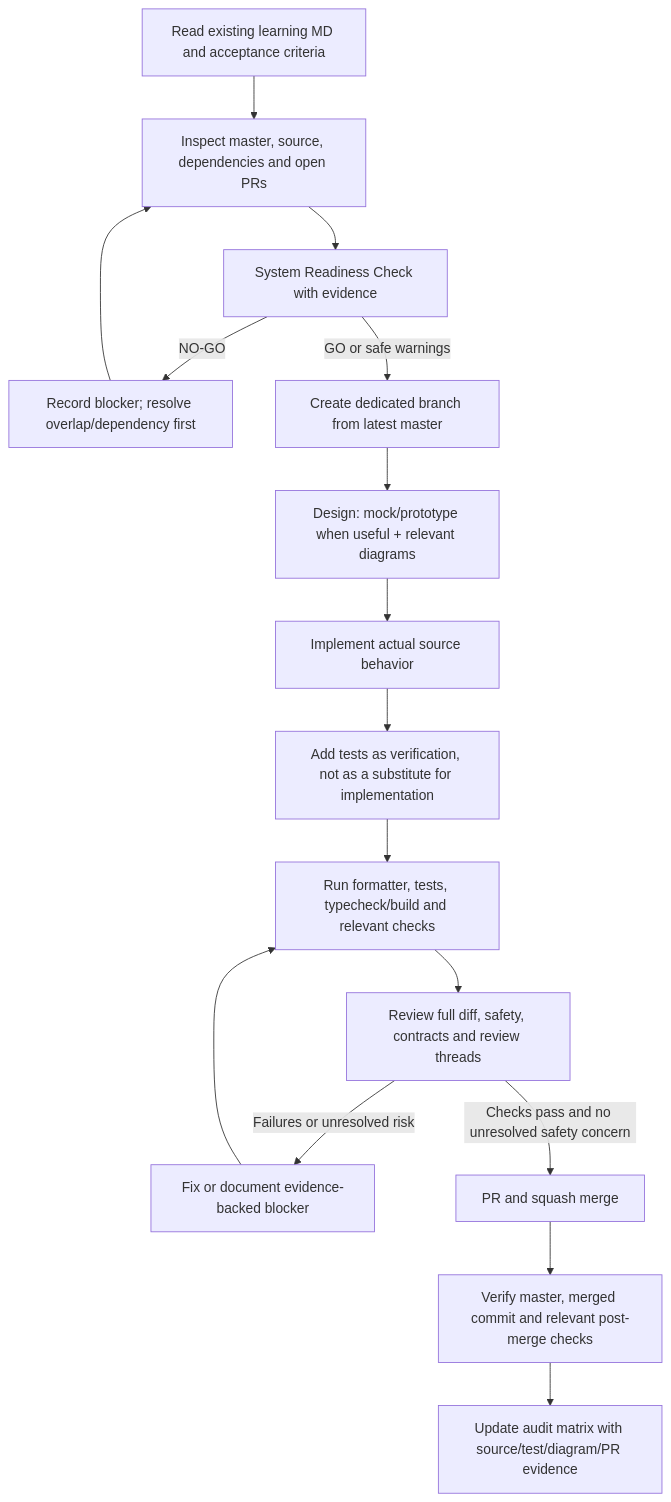
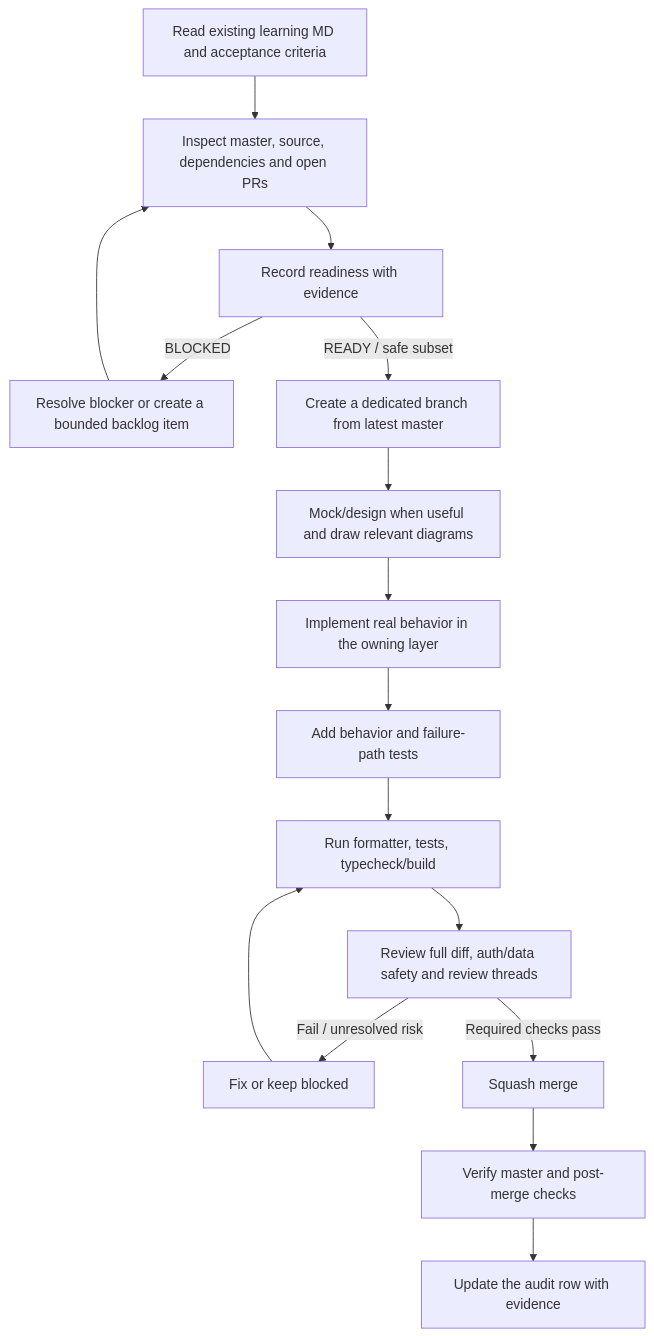
Before and after one commit to phanthienquoc/TCE-dashboard: the first of 2 diagrams in docs/learning/implementation-audit-readiness.md, drawn with Mermaid. The commit also changed other lines of this file, not shown here.

Commit message:
docs(learning): refresh audit with current readiness evidence

````diff
--- a/docs/learning/implementation-audit-readiness.md
+++ b/docs/learning/implementation-audit-readiness.md
@@ -42,18 +49,18 @@
 ```mermaid
 flowchart TD
   A[Read existing learning MD and acceptance criteria] --> B[Inspect master, source, dependencies and open PRs]
-  B --> C[System Readiness Check with evidence]
-  C -->|NO-GO| D[Record blocker; resolve overlap/dependency first]
+  B --> C[Record readiness with evidence]
+  C -->|BLOCKED| D[Resolve blocker or create a bounded backlog item]
   D --> B
-  C -->|GO or safe warnings| E[Create dedicated branch from latest master]
-  E --> F[Design: mock/prototype when useful + relevant diagrams]
-  F --> G[Implement actual source behavior]
-  G --> H[Add tests as verification, not as a substitute for implementation]
-  H --> I[Run formatter, tests, typecheck/build and relevant checks]
-  I --> J[Review full diff, safety, contracts and review threads]
-  J -->|Failures or unresolved risk| K[Fix or document evidence-backed blocker]
+  C -->|READY / safe subset| E[Create a dedicated branch from latest master]
+  E --> F[Mock/design when useful and draw relevant diagrams]
+  F --> G[Implement real behavior in the owning layer]
+  G --> H[Add behavior and failure-path tests]
+  H --> I[Run formatter, tests, typecheck/build]
+  I --> J[Review full diff, auth/data safety and review threads]
+  J -->|Fail / unresolved risk| K[Fix or keep blocked]
   K --> I
-  J -->|Checks pass and no unresolved safety concern| L[PR and squash merge]
-  L --> M[Verify master, merged commit and relevant post-merge checks]
-  M --> N[Update audit matrix with source/test/diagram/PR evidence]
+  J -->|Required checks pass| L[Squash merge]
+  L --> M[Verify master and post-merge checks]
+  M --> N[Update the audit row with evidence]
 ```
````
